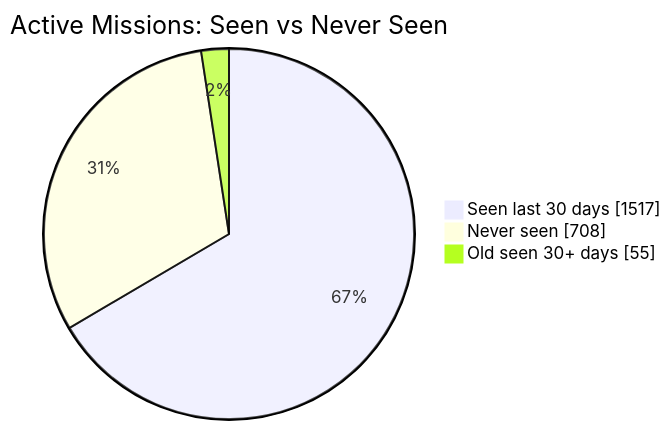
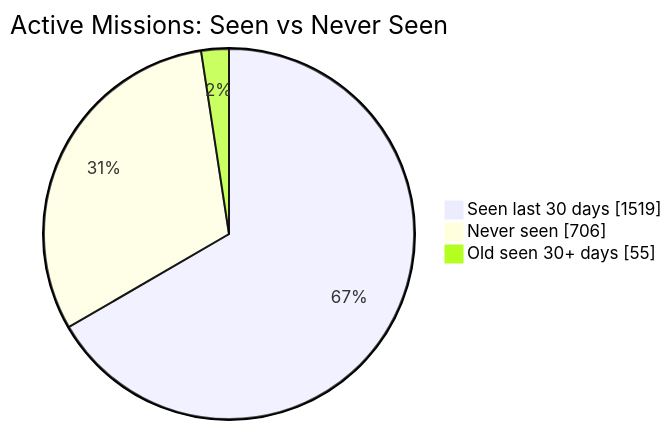
The first of 2 diagrams in README.md (MeldkamerspelGameTeam/active-missions), drawn with Mermaid before and after one commit. The commit also changed other lines of this file and 2 other files, not shown here.

````diff
--- a/README.md
+++ b/README.md
@@ -34,7 +34,7 @@
 ```mermaid
 pie showData
     title Active Missions: Seen vs Never Seen
-    "Seen last 30 days" : 1517
-    "Never seen" : 708
+    "Seen last 30 days" : 1519
+    "Never seen" : 706
     "Old seen 30+ days" : 55
 ```
````
